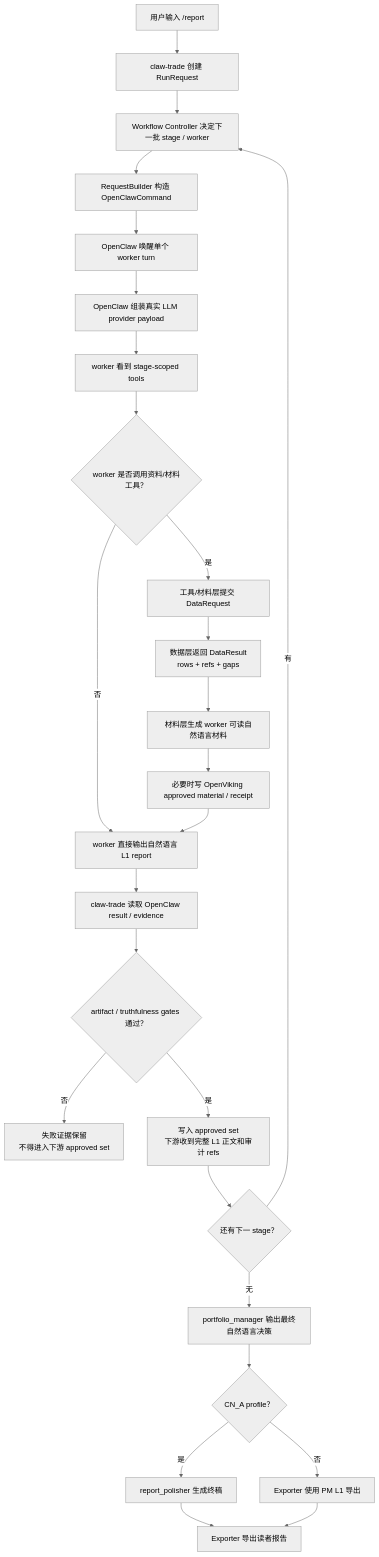
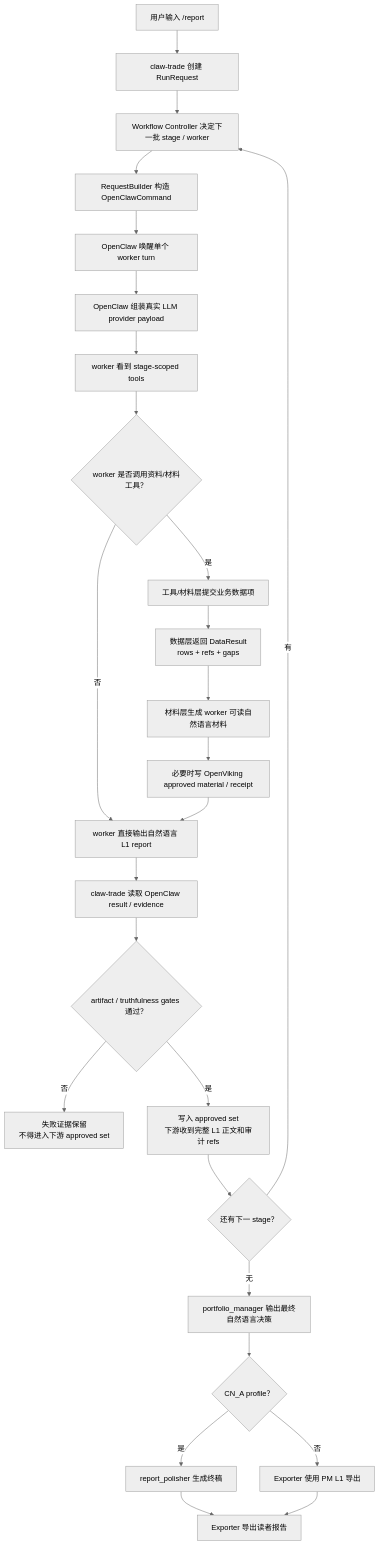
One commit to cflank/claw-trade changed the third of 4 diagrams in docs/架构设计.md. Above: the diagram before and after it, drawn with Mermaid (neutral theme). The commit also changed other lines of this file and 2262 other files, not shown here.

````diff
--- a/docs/架构设计.md
+++ b/docs/架构设计.md
@@ -140,30 +144,30 @@
 ```mermaid
 flowchart TD
   A["用户输入 /report"] --> B["claw-trade 创建 RunRequest"]
   B --> C["Workflow Controller 决定下一批 stage / worker"]
   C --> D["RequestBuilder 构造 OpenClawCommand"]
   D --> E["OpenClaw 唤醒单个 worker turn"]
   E --> F["OpenClaw 组装真实 LLM provider payload"]
   F --> G["worker 看到 stage-scoped tools"]
   G --> H{"worker 是否调用资料/材料工具？"}
 
   H -->|否| I["worker 直接输出自然语言 L1 report"]
-  H -->|是| J["工具/材料层提交 DataRequest"]
+  H -->|是| J["工具/材料层提交业务数据项"]
   J --> K["数据层返回 DataResult\nrows + refs + gaps"]
   K --> L["材料层生成 worker 可读自然语言材料"]
   L --> M["必要时写 OpenViking approved material / receipt"]
   M --> I
 
   I --> N["claw-trade 读取 OpenClaw result / evidence"]
   N --> O{"artifact / truthfulness gates 通过？"}
   O -->|否| P["失败证据保留\n不得进入下游 approved set"]
   O -->|是| Q["写入 approved set\n下游收到完整 L1 正文和审计 refs"]
   Q --> R{"还有下一 stage？"}
   R -->|有| C
   R -->|无| S["portfolio_manager 输出最终自然语言决策"]
   S --> T{"CN_A profile？"}
   T -->|是| U["report_polisher 生成终稿"]
   T -->|否| V["Exporter 使用 PM L1 导出"]
   U --> W["Exporter 导出读者报告"]
   V --> W
 ```
````
